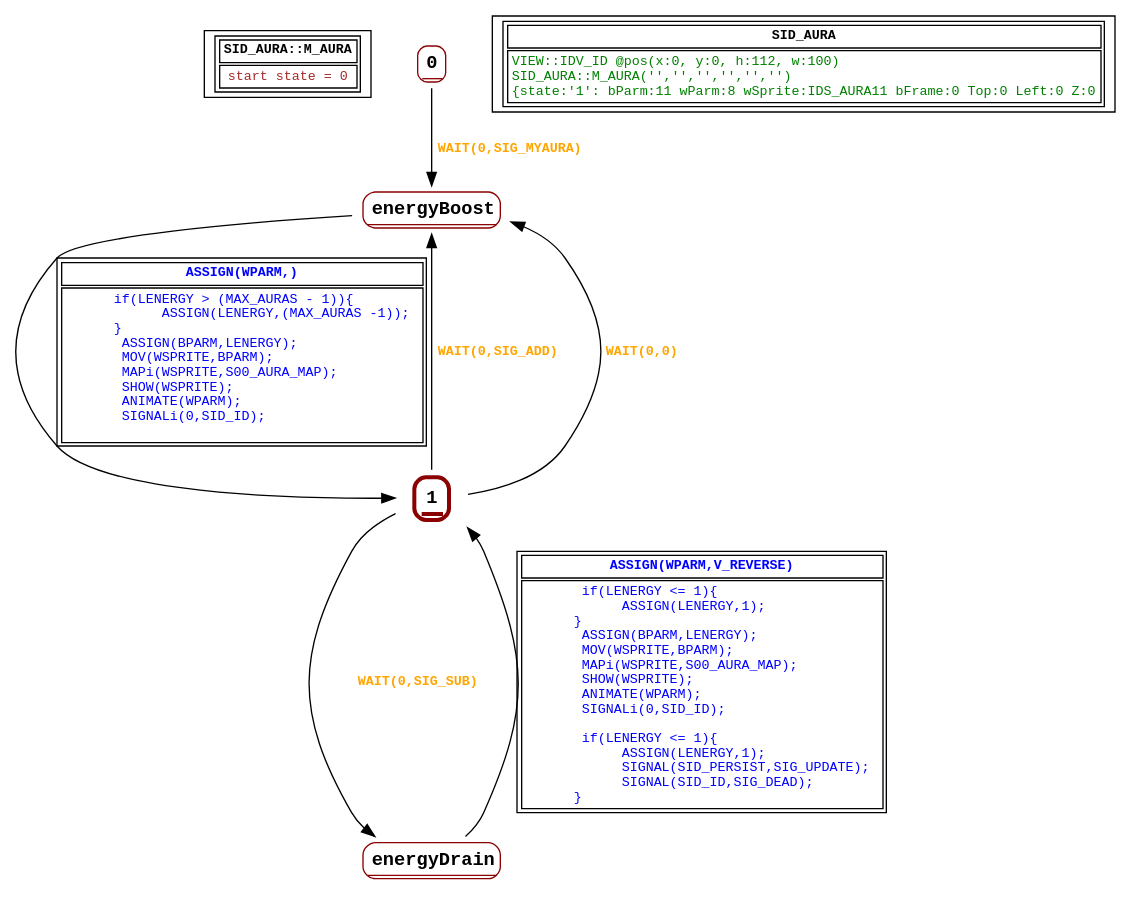
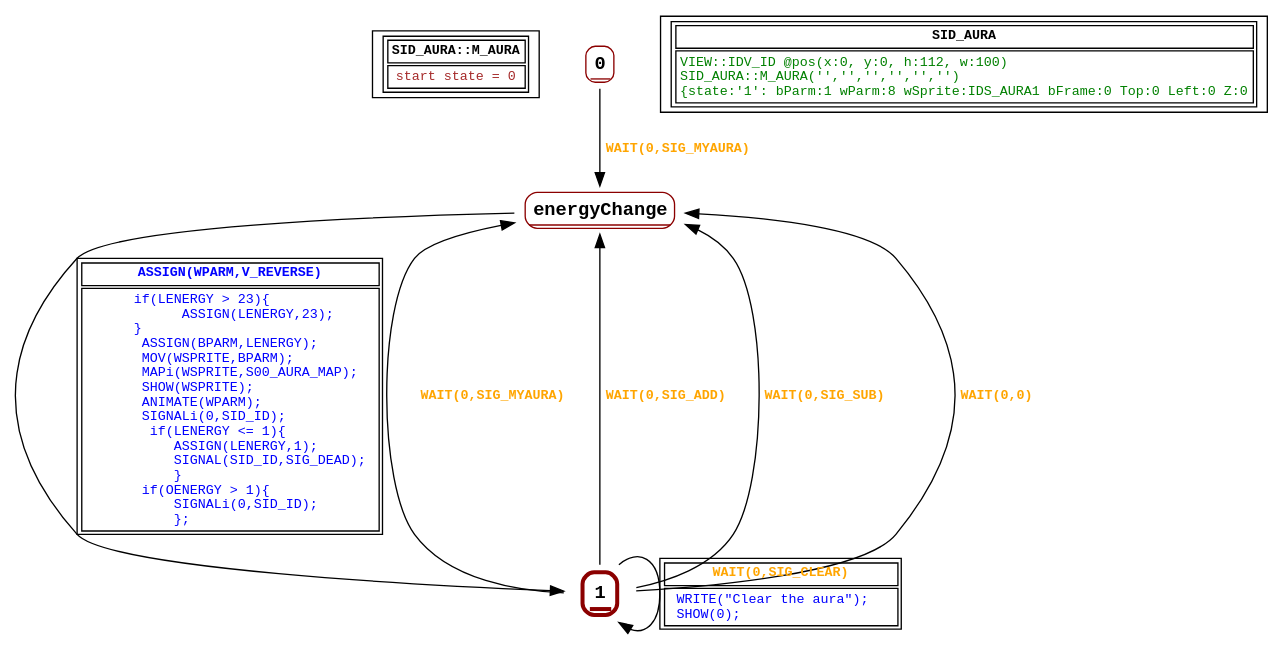
The diagram in graphs/SID_AURA.dot (guy-stewart/AzariaCD), drawn with Graphviz before and after one commit. The commit also changed 33 other files, not shown here.

```diff
--- a/graphs/SID_AURA.dot
+++ b/graphs/SID_AURA.dot
@@ -1,36 +1,37 @@
 digraph Automaton {
  fontname="Courier New"
 	node [shape=oval, fontname="Courier New"];
 	filename[shape = record, fontsize=10, label=< <table border="1"><tr><td><b>SID_AURA::M_AURA<br align="left"/></b></td></tr>
 <tr><td><font point-size="10" color ="brown">start state = 0<br align="left"/></font></td></tr></table>>
 ];
 	0[shape = none, fontsize=14, label=< <table border="1" color="darkred" style="rounded"><tr><td sides="b"><b>0<br align="left"/></b></td></tr>
 </table>>];
-"0" -> "energyBoost" [fontcolor=orange,fontsize=10,fontname="Courier New", label=< <table border="0"><tr><td><b>WAIT(0,SIG_MYAURA)<br align="left"/></b></td></tr>
+"0" -> "energyChange" [fontcolor=orange,fontsize=10,fontname="Courier New", label=< <table border="0"><tr><td><b>WAIT(0,SIG_MYAURA)<br align="left"/></b></td></tr>
 </table>>
 ];
 	1[shape = none, fontsize=14, label=< <table border="3" color="darkred" style="rounded"><tr><td sides="b"><b>1<br align="left"/></b></td></tr>
 </table>>];
-"1" -> "energyBoost" [fontcolor=orange,fontsize=10,fontname="Courier New", label=< <table border="0"><tr><td><b>WAIT(0,SIG_ADD)<br align="left"/></b></td></tr>
+"1" -> "energyChange" [fontcolor=orange,fontsize=10,fontname="Courier New", label=< <table border="0"><tr><td><b>WAIT(0,SIG_MYAURA)<br align="left"/></b></td></tr>
 </table>>
 ];
-"1" -> "energyDrain" [fontcolor=orange,fontsize=10,fontname="Courier New", label=< <table border="0"><tr><td><b>WAIT(0,SIG_SUB)<br align="left"/></b></td></tr>
+"1" -> "energyChange" [fontcolor=orange,fontsize=10,fontname="Courier New", label=< <table border="0"><tr><td><b>WAIT(0,SIG_ADD)<br align="left"/></b></td></tr>
 </table>>
 ];
-"1" -> "energyBoost" [fontcolor=orange,fontsize=10,fontname="Courier New", label=< <table border="0"><tr><td><b>WAIT(0,0)<br align="left"/></b></td></tr>
+"1" -> "energyChange" [fontcolor=orange,fontsize=10,fontname="Courier New", label=< <table border="0"><tr><td><b>WAIT(0,SIG_SUB)<br align="left"/></b></td></tr>
 </table>>
 ];
-	energyBoost[shape = none, fontsize=14, label=< <table border="1" color="darkred" style="rounded"><tr><td sides="b"><b>energyBoost<br align="left"/></b></td></tr>
+"1" -> "1" [fontcolor=orange,fontsize=10,fontname="Courier New", label=< <table border="1"><tr><td><b>WAIT(0,SIG_CLEAR)<br align="left"/></b></td></tr>
+<tr><td><font point-size="10" color ="blue">  WRITE(&quot;Clear the aura&quot;);  <br align="left"/>  SHOW(0);<br align="left"/></font></td></tr></table>>
+];
+"1" -> "energyChange" [fontcolor=orange,fontsize=10,fontname="Courier New", label=< <table border="0"><tr><td><b>WAIT(0,0)<br align="left"/></b></td></tr>
+</table>>
+];
+	energyChange[shape = none, fontsize=14, label=< <table border="1" color="darkred" style="rounded"><tr><td sides="b"><b>energyChange<br align="left"/></b></td></tr>
 </table>>];
-"energyBoost" -> "1" [fontcolor=blue,fontsize=10,fontname="Courier New", label=< <table border="1"><tr><td><b>ASSIGN(WPARM,)<br align="left"/></b></td></tr>
-<tr><td><font point-size="10" color ="blue">       if(LENERGY &gt; (MAX_AURAS - 1))&#123;<br align="left"/>             ASSIGN(LENERGY,(MAX_AURAS -1));<br align="left"/>       &#125;<br align="left"/>        ASSIGN(BPARM,LENERGY);<br align="left"/>        MOV(WSPRITE,BPARM);<br align="left"/>        MAPi(WSPRITE,S00_AURA_MAP);<br align="left"/>        SHOW(WSPRITE);<br align="left"/>        ANIMATE(WPARM);<br align="left"/>        SIGNALi(0,SID_ID);<br align="left"/>       <br align="left"/></font></td></tr></table>>
-];
-	energyDrain[shape = none, fontsize=14, label=< <table border="1" color="darkred" style="rounded"><tr><td sides="b"><b>energyDrain<br align="left"/></b></td></tr>
-</table>>];
-"energyDrain" -> "1" [fontcolor=blue,fontsize=10,fontname="Courier New", label=< <table border="1"><tr><td><b>ASSIGN(WPARM,V_REVERSE)<br align="left"/></b></td></tr>
-<tr><td><font point-size="10" color ="blue">        if(LENERGY &lt;= 1)&#123;<br align="left"/>             ASSIGN(LENERGY,1);<br align="left"/>       &#125;      <br align="left"/>        ASSIGN(BPARM,LENERGY);<br align="left"/>        MOV(WSPRITE,BPARM);<br align="left"/>        MAPi(WSPRITE,S00_AURA_MAP);<br align="left"/>        SHOW(WSPRITE);<br align="left"/>        ANIMATE(WPARM);<br align="left"/>        SIGNALi(0,SID_ID);<br align="left"/>        <br align="left"/>        if(LENERGY &lt;= 1)&#123;<br align="left"/>             ASSIGN(LENERGY,1);<br align="left"/>             SIGNAL(SID_PERSIST,SIG_UPDATE);<br align="left"/>             SIGNAL(SID_ID,SIG_DEAD);<br align="left"/>       &#125;   <br align="left"/></font></td></tr></table>>
+"energyChange" -> "1" [fontcolor=blue,fontsize=10,fontname="Courier New", label=< <table border="1"><tr><td><b>ASSIGN(WPARM,V_REVERSE)<br align="left"/></b></td></tr>
+<tr><td><font point-size="10" color ="blue">       if(LENERGY &gt; 23)&#123;<br align="left"/>             ASSIGN(LENERGY,23);<br align="left"/>       &#125;<br align="left"/>        ASSIGN(BPARM,LENERGY);<br align="left"/>        MOV(WSPRITE,BPARM);<br align="left"/>        MAPi(WSPRITE,S00_AURA_MAP);<br align="left"/>        SHOW(WSPRITE);<br align="left"/>        ANIMATE(WPARM);<br align="left"/>        SIGNALi(0,SID_ID);<br align="left"/>         if(LENERGY &lt;= 1)&#123;<br align="left"/>            ASSIGN(LENERGY,1);<br align="left"/>            SIGNAL(SID_ID,SIG_DEAD);<br align="left"/>            &#125;<br align="left"/>        if(OENERGY &gt; 1)&#123;<br align="left"/>            SIGNALi(0,SID_ID);<br align="left"/>            &#125;;  <br align="left"/></font></td></tr></table>>
 ];
 	status[shape = record, fontsize=10, label=< <table border="1"><tr><td><b>SID_AURA<br align="left"/></b></td></tr>
-<tr><td><font point-size="10" color ="green">VIEW::IDV_ID @pos(x:0, y:0, h:112, w:100)<br align="left"/>SID_AURA::M_AURA(&apos;&apos;,&apos;&apos;,&apos;&apos;,&apos;&apos;,&apos;&apos;,&apos;&apos;)<br align="left"/>			&#123;state:&apos;1&apos;: bParm:11 wParm:8 wSprite:IDS_AURA11 bFrame:0 Top:0 Left:0 Z:0<br align="left"/></font></td></tr></table>>
+<tr><td><font point-size="10" color ="green">VIEW::IDV_ID @pos(x:0, y:0, h:112, w:100)<br align="left"/>SID_AURA::M_AURA(&apos;&apos;,&apos;&apos;,&apos;&apos;,&apos;&apos;,&apos;&apos;,&apos;&apos;)<br align="left"/>			&#123;state:&apos;1&apos;: bParm:1 wParm:8 wSprite:IDS_AURA1 bFrame:0 Top:0 Left:0 Z:0<br align="left"/></font></td></tr></table>>
 ];
 }
```
